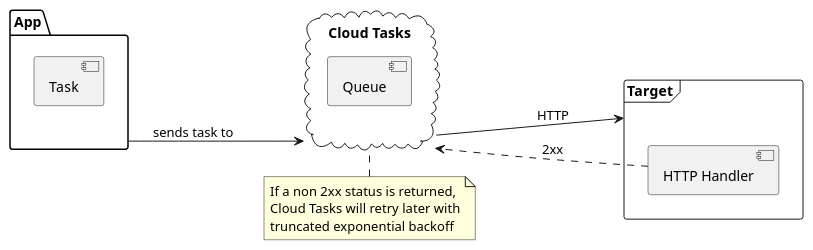
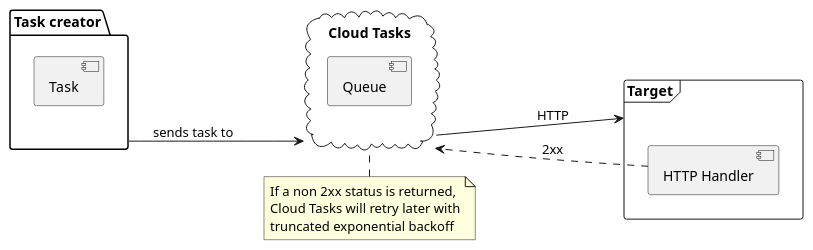
The diagram in pages/what-is-cloud-tasks.md (jackdbd/cloud-tasks-devfest-milano-2023-slides), drawn with PlantUML before and after one commit. The commit also changed other lines of this file and 36 other files, not shown here.

````diff
--- a/pages/what-is-cloud-tasks.md
+++ b/pages/what-is-cloud-tasks.md
@@ -15,28 +15,28 @@
 ```plantuml {scale: 0.85}
 @startuml
 left to right direction
 
-package "App" {
+package "Task creator" {
   [Task]
 }
 
 cloud "Cloud Tasks" {
     [Queue]
 }
 
 frame "Target" {
     [HTTP Handler]
 }
 
-[App] --> [Cloud Tasks] : sends task to
+[Task creator] --> [Cloud Tasks] : sends task to
 [Cloud Tasks] ---> [Target] : HTTP
 [HTTP Handler] ..> [Cloud Tasks] : 2xx
 
 note top of [Cloud Tasks]
   If a non 2xx status is returned,
   Cloud Tasks will retry later with
   truncated exponential backoff
 end note
 
 @enduml
 ```
````
